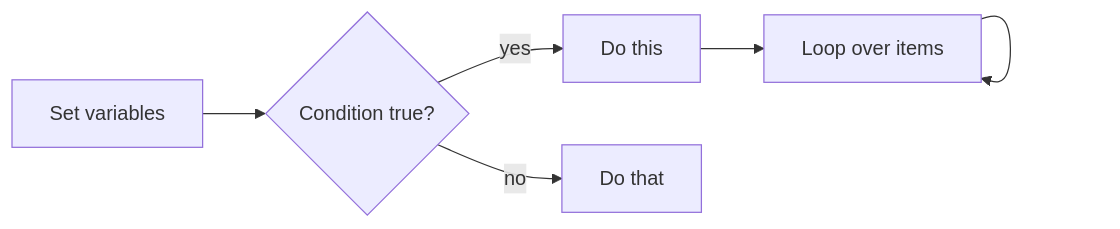
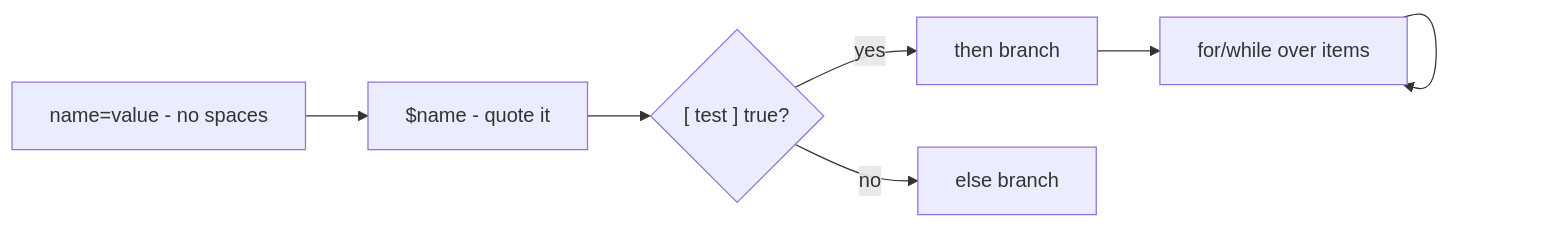
Before and after one commit to cloud-prakhar/learning-linux: the diagram in 10-shell-scripting/variables-conditions-loops.md, drawn with Mermaid. The commit also changed other lines of this file and 69 other files, not shown here.

````diff
--- a/10-shell-scripting/variables-conditions-loops.md
+++ b/10-shell-scripting/variables-conditions-loops.md
@@ -29,8 +36,9 @@
 ```mermaid
 flowchart LR
-    Var[Set variables] --> Cond{Condition true?}
-    Cond -->|yes| A[Do this]
-    Cond -->|no| B[Do that]
-    A --> Loop[Loop over items]
+    Var[name=value - no spaces] --> Use["$name - quote it"]
+    Use --> Cond{"[ test ] true?"}
+    Cond -->|yes| A[then branch]
+    Cond -->|no| B[else branch]
+    A --> Loop[for/while over items]
     Loop --> Loop
 ```
````
